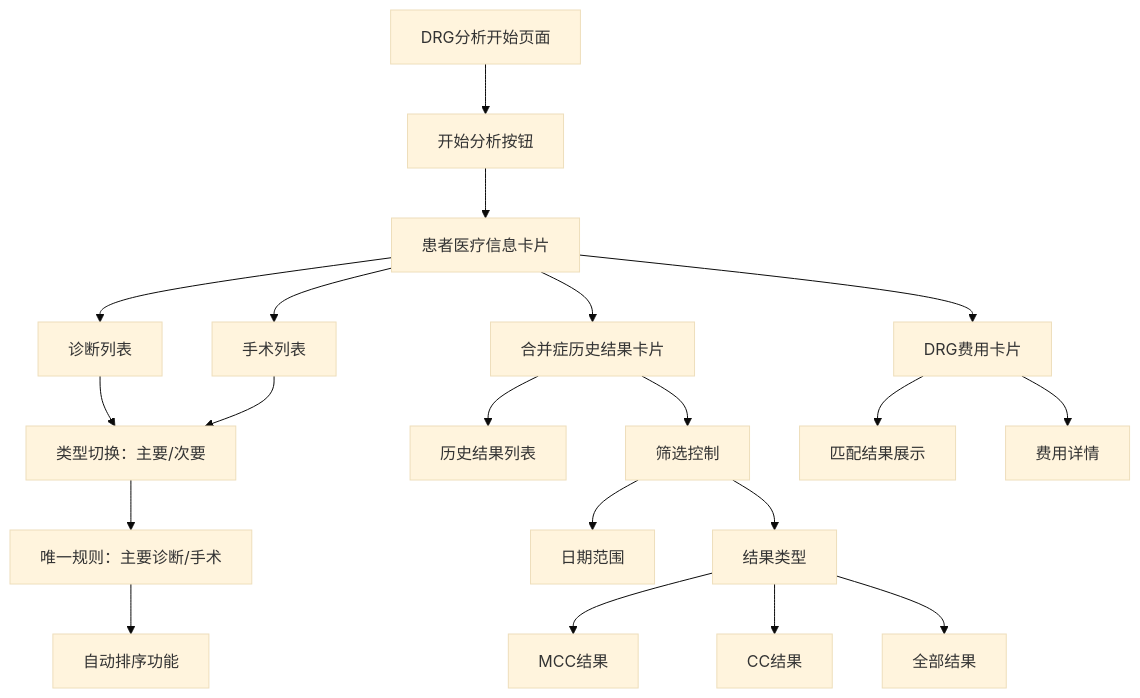
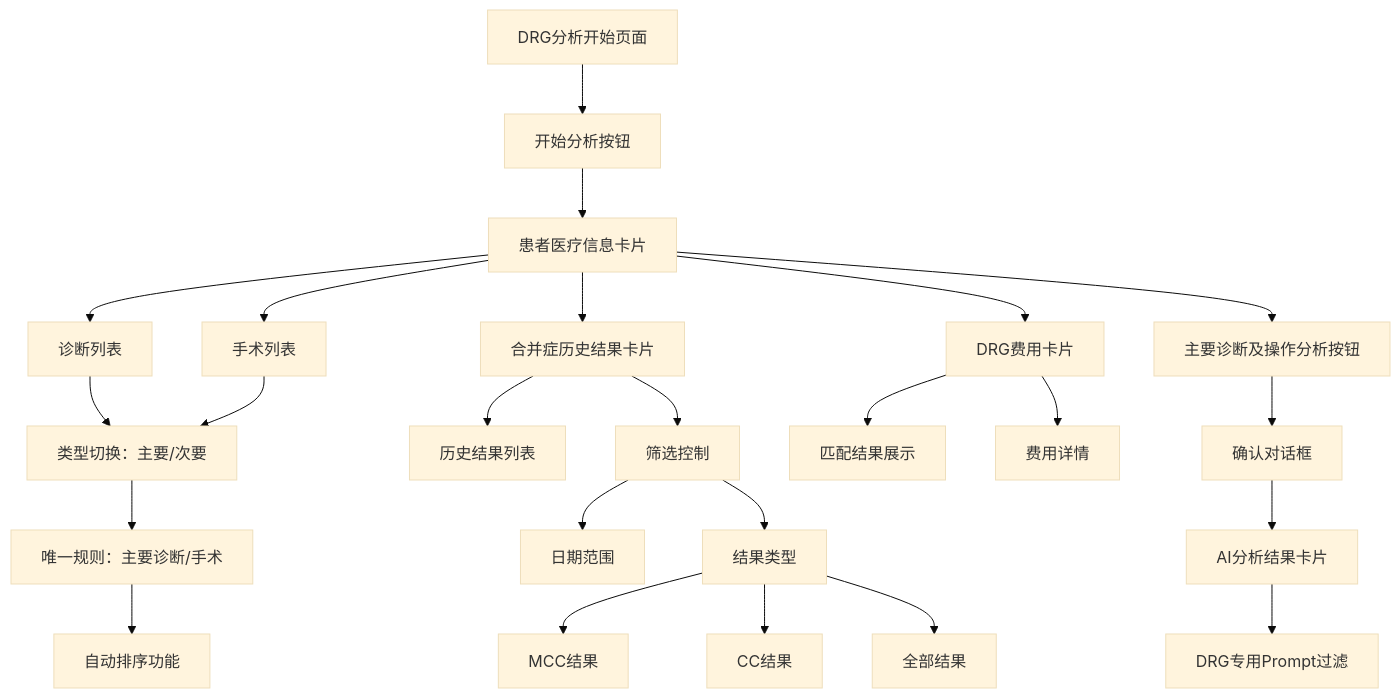
One commit to liuzh2008/med_ai_assistant_workspace changed the tenth of 32 diagrams in .qoder/repowiki/zh/content/核心功能模块/DRG分析系统增强.md. Above: the diagram before and after it, drawn with Mermaid (base theme). The commit also changed other lines of this file and 1 other file, not shown here.

Commit message:
feat(v0.7.005): DRG分析按钮确认对话框、AI分析结果卡片、Prompt列表过滤优化

````diff
--- a/.qoder/repowiki/zh/content/核心功能模块/DRG分析系统增强.md
+++ b/.qoder/repowiki/zh/content/核心功能模块/DRG分析系统增强.md
@@ -431,22 +450,26 @@
 ```mermaid
 flowchart TD
 StartPage[DRG分析开始页面] --> StartButton["开始分析按钮"]
 StartButton --> PatientCard[患者医疗信息卡片]
 PatientCard --> DiagnosisList[诊断列表]
 PatientCard --> SurgeryList[手术列表]
 DiagnosisList --> TypeSwitch[类型切换：主要/次要]
 SurgeryList --> TypeSwitch
 TypeSwitch --> UniqueRule[唯一规则：主要诊断/手术]
 UniqueRule --> AutoSort[自动排序功能]
 PatientCard --> HistoryCard[合并症历史结果卡片]
 HistoryCard --> ResultList[历史结果列表]
 HistoryCard --> FilterControls[筛选控制]
 FilterControls --> DateRange[日期范围]
 FilterControls --> ResultType[结果类型]
 ResultType --> MCCResults[MCC结果]
 ResultType --> CCResults[CC结果]
 ResultType --> AllResults[全部结果]
 PatientCard --> DrgFeeCard[DRG费用卡片]
 DrgFeeCard --> MatchResults[匹配结果展示]
 DrgFeeCard --> FeeDetails[费用详情]
+PatientCard --> AnalysisButton["主要诊断及操作分析按钮"]
+AnalysisButton --> ConfirmationDialog[确认对话框]
+ConfirmationDialog --> AiAnalysisCard[AI分析结果卡片]
+AiAnalysisCard --> PromptFilter[DRG专用Prompt过滤]
 ```
````
